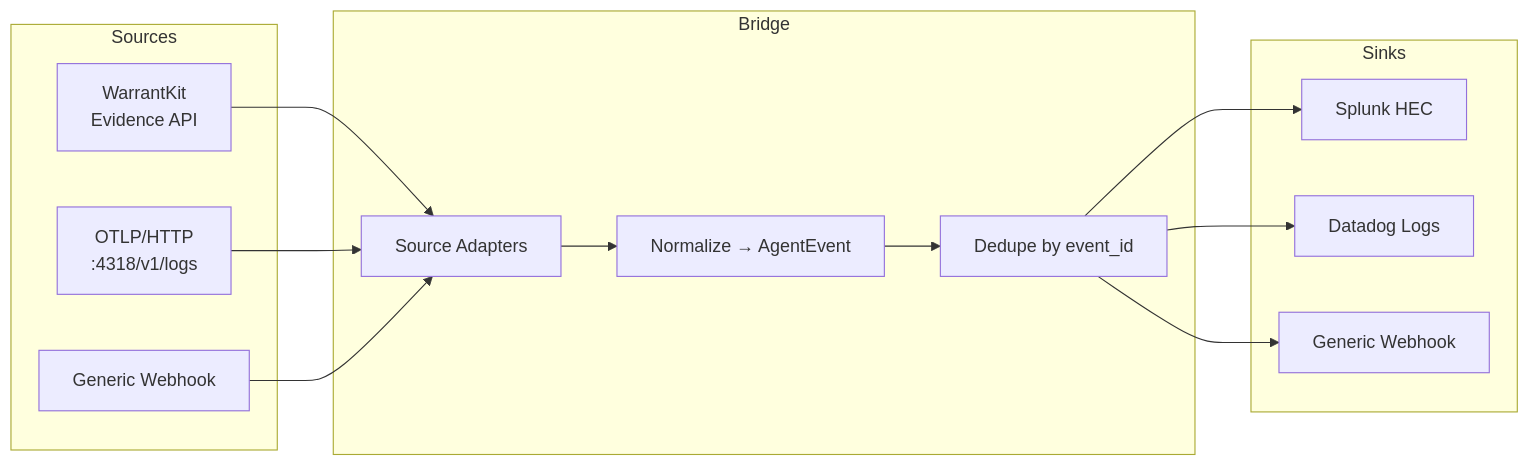
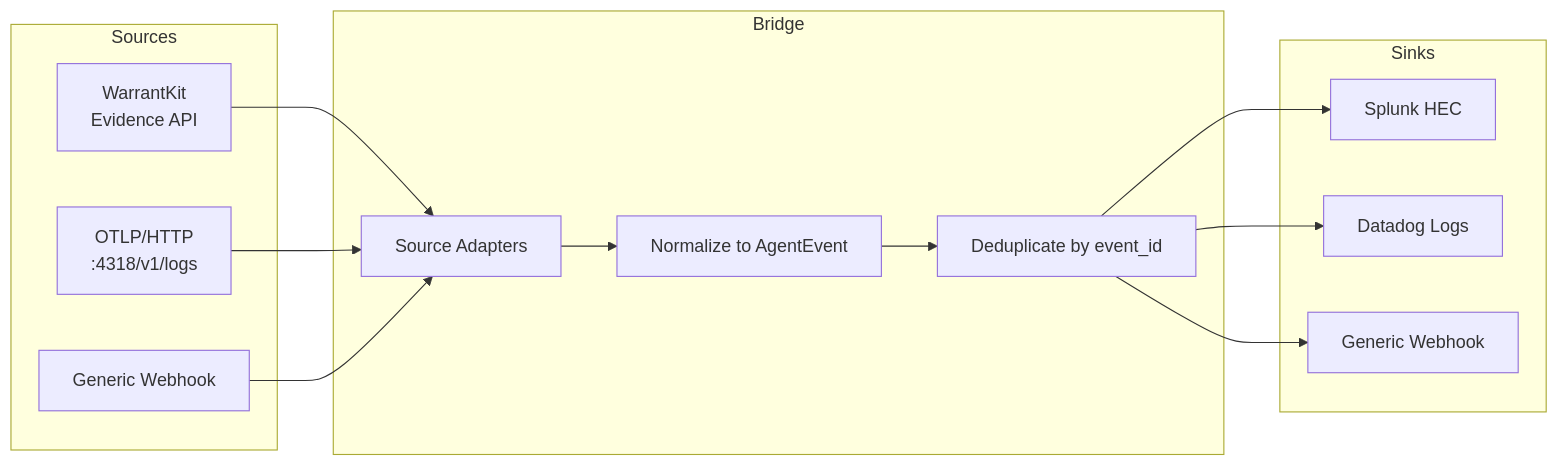
Before and after one commit to Th3Krack3r/agent-evidence-public: the diagram in README.md, drawn with Mermaid. The commit also changed other lines of this file, not shown here.

````diff
--- a/README.md
+++ b/README.md
@@ -29,28 +33,28 @@
 ```mermaid
 flowchart LR
     subgraph Sources
         WK[WarrantKit<br/>Evidence API]
         OTLP[OTLP/HTTP<br/>:4318/v1/logs]
         WH[Generic Webhook]
     end
 
     subgraph Bridge
         AD[Source Adapters]
-        NORM[Normalize → AgentEvent]
-        DEDUPE[Dedupe by event_id]
+        NORM[Normalize to AgentEvent]
+        DEDUPE[Deduplicate by event_id]
     end
 
     subgraph Sinks
         SPLUNK[Splunk HEC]
         DD[Datadog Logs]
         WEBHOOK[Generic Webhook]
     end
 
     WK --> AD
     OTLP --> AD
     WH --> AD
     AD --> NORM --> DEDUPE
     DEDUPE --> SPLUNK
     DEDUPE --> DD
     DEDUPE --> WEBHOOK
 ```
````
